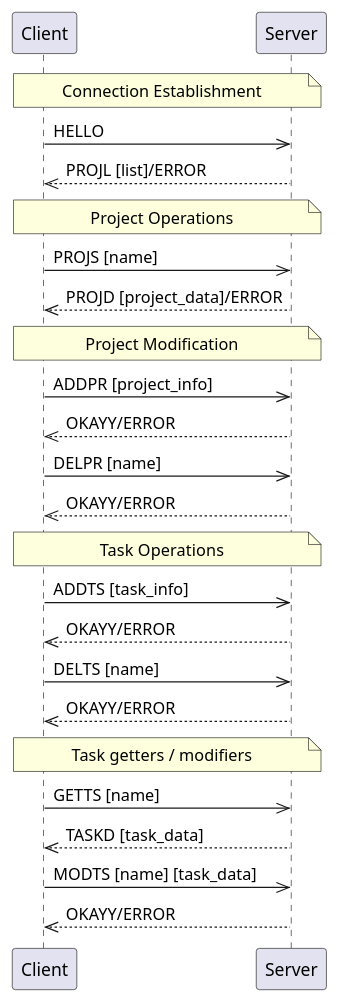
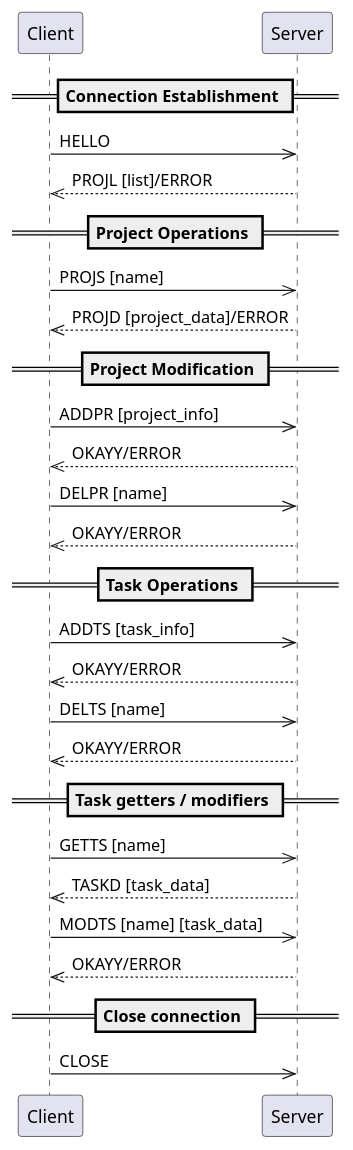
The diagram in protocol-diagram.plantuml (nairod22/ProjectManager), drawn with PlantUML before and after one commit. The commit also changed 1 other file, not shown here.

Commit message:
added close message

```diff
--- a/protocol-diagram.plantuml
+++ b/protocol-diagram.plantuml
@@ -1,35 +1,38 @@
 @startuml
 participant Client
     participant Server
     
-    Note over Client,Server: Connection Establishment
+    == Connection Establishment ==
     Client->>Server: HELLO
     Server-->>Client: PROJL [list]/ERROR
     
-    Note over Client,Server: Project Operations   
+    == Project Operations ==
     Client->>Server: PROJS [name]
     
     Server-->>Client: PROJD [project_data]/ERROR
     
-    Note over Client,Server: Project Modification
+    == Project Modification ==
     Client->>Server: ADDPR [project_info]
     Server-->>Client: OKAYY/ERROR
     
     Client->>Server: DELPR [name]
     Server-->>Client: OKAYY/ERROR
     
-    Note over Client,Server: Task Operations
+    == Task Operations ==
     Client->>Server: ADDTS [task_info]
     Server-->>Client: OKAYY/ERROR
     
     Client->>Server: DELTS [name]
     Server-->>Client: OKAYY/ERROR
 
-    Note over Client,Server: Task getters / modifiers
+    == Task getters / modifiers ==
     Client->>Server: GETTS [name]
     Server-->>Client: TASKD [task_data]
 
     Client->>Server: MODTS [name] [task_data]
     Server-->>Client: OKAYY/ERROR
 
+	== Close connection ==
+	Client->>Server: CLOSE
+
 @enduml
```
